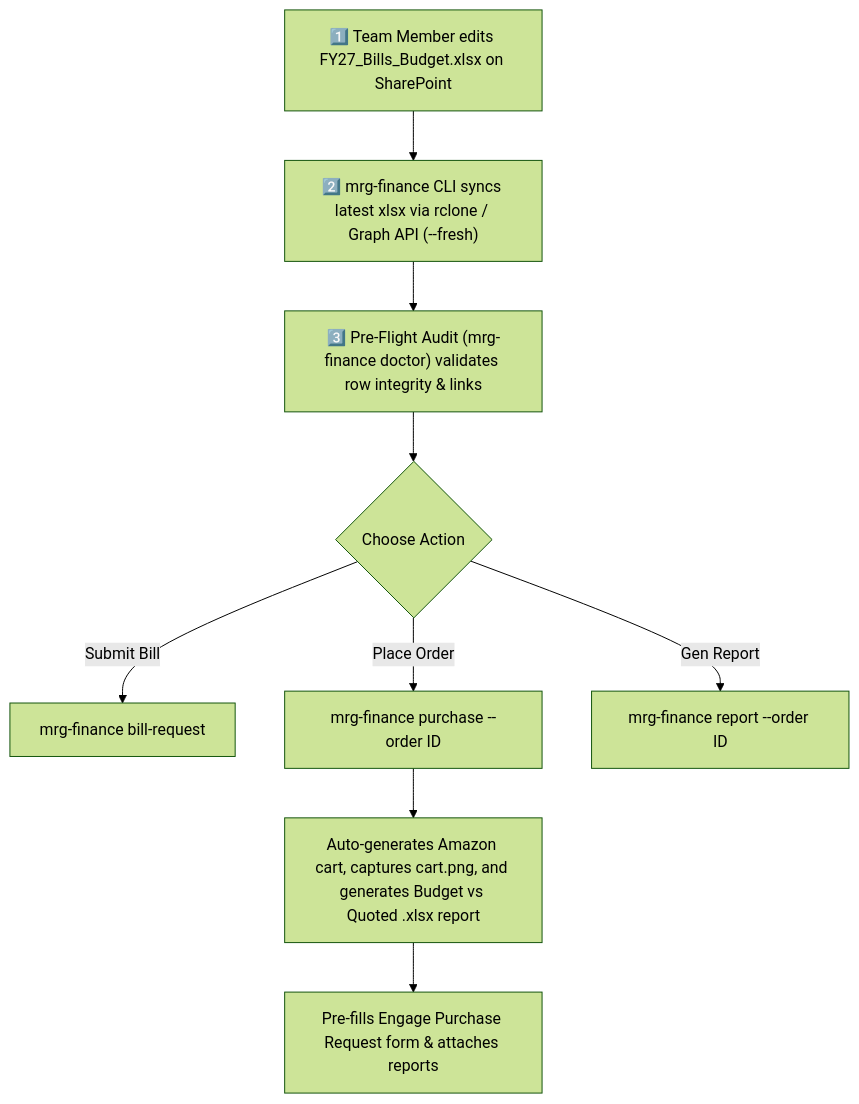
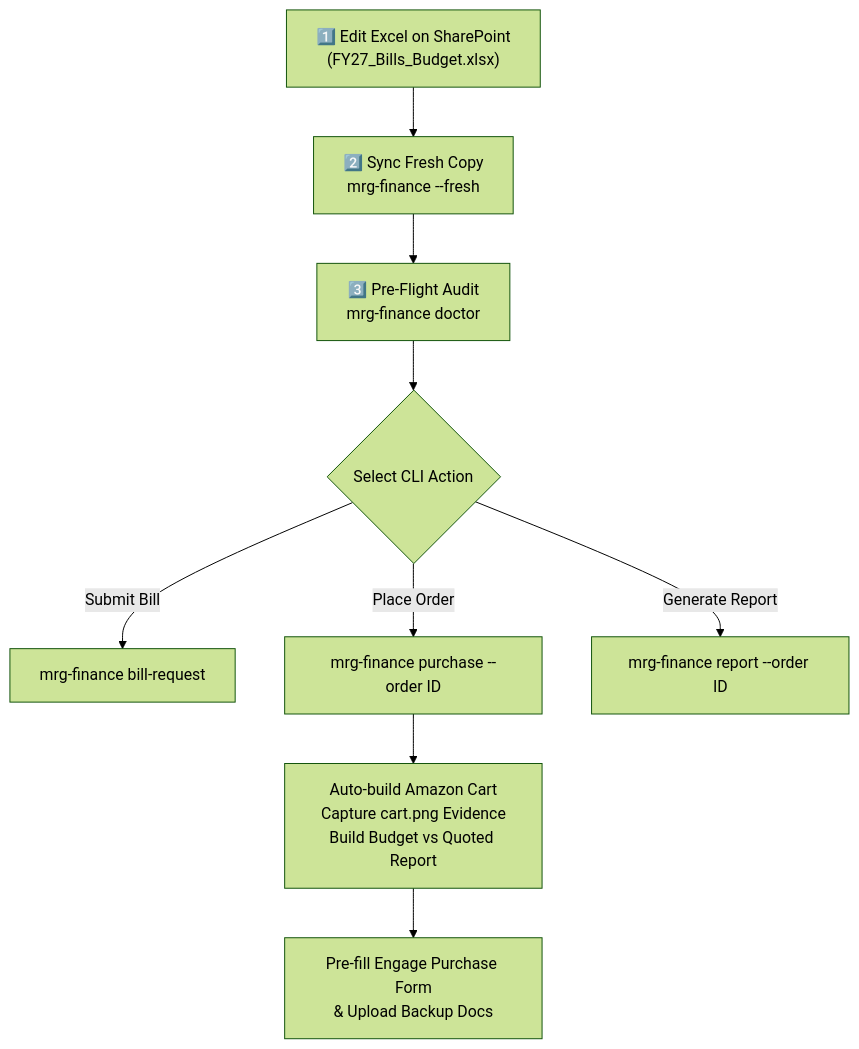
One commit to gt-marine-robotics-group/finance changed the diagram in README.md. Above: the diagram before and after it, drawn with Mermaid (forest theme).

Commit message:
Fix Mermaid flowchart node text wrapping in README.md to prevent box cutoff on GitHub

````diff
--- a/README.md
+++ b/README.md
@@ -79,11 +79,11 @@
 ```mermaid
 flowchart TD
-    A["1️⃣ Team Member edits FY27_Bills_Budget.xlsx on SharePoint"] --> B["2️⃣ mrg-finance CLI syncs latest xlsx via rclone / Graph API (--fresh)"]
-    B --> C["3️⃣ Pre-Flight Audit (mrg-finance doctor) validates row integrity & links"]
-    C --> D{"Choose Action"}
+    A["1️⃣ Edit Excel on SharePoint<br/>(FY27_Bills_Budget.xlsx)"] --> B["2️⃣ Sync Fresh Copy<br/>mrg-finance --fresh"]
+    B --> C["3️⃣ Pre-Flight Audit<br/>mrg-finance doctor"]
+    C --> D{"Select CLI Action"}
     D -->|"Submit Bill"| E["mrg-finance bill-request"]
     D -->|"Place Order"| F["mrg-finance purchase --order ID"]
-    D -->|"Gen Report"| G["mrg-finance report --order ID"]
-    F --> H["Auto-generates Amazon cart, captures cart.png, and generates Budget vs Quoted .xlsx report"]
-    H --> I["Pre-fills Engage Purchase Request form & attaches reports"]
+    D -->|"Generate Report"| G["mrg-finance report --order ID"]
+    F --> H["Auto-build Amazon Cart<br/>Capture cart.png Evidence<br/>Build Budget vs Quoted Report"]
+    H --> I["Pre-fill Engage Purchase Form<br/>& Upload Backup Docs"]
 ```
````
